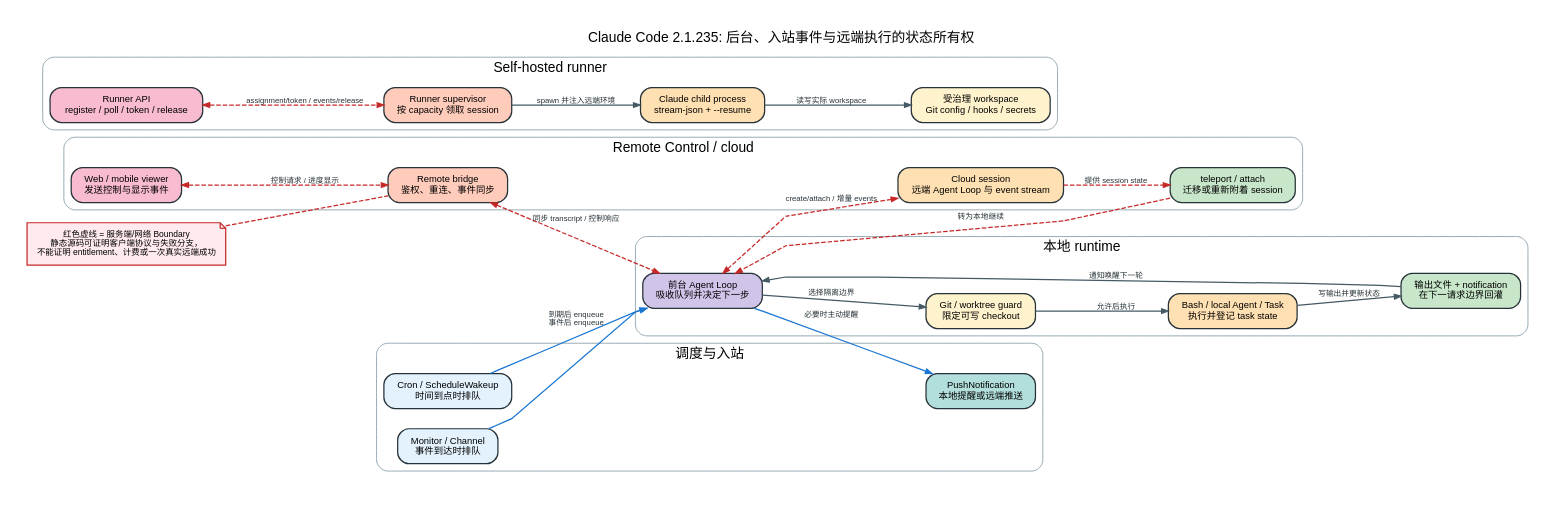
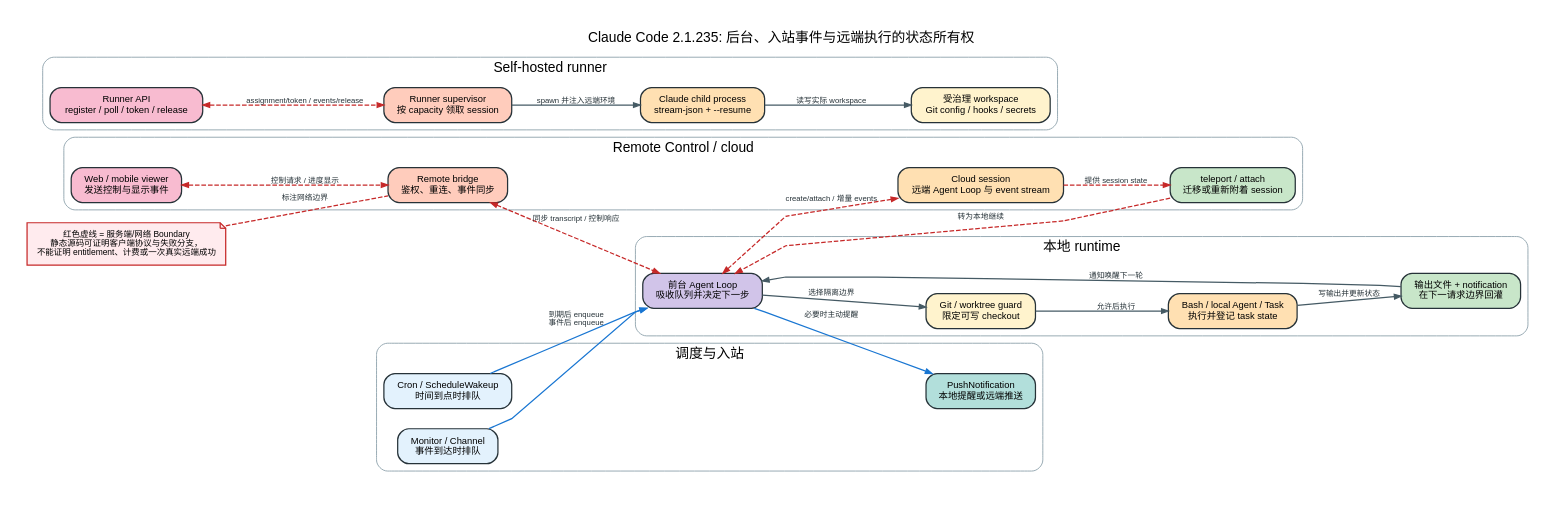
One commit to SwallOwDili/claudecodecli-sourcecode changed the diagram in analysis/visuals/cloud-background-channels.dot. Above: the diagram before and after it, drawn with Graphviz. The commit also changed 67 other files, not shown here.

```diff
--- a/analysis/visuals/cloud-background-channels.dot
+++ b/analysis/visuals/cloud-background-channels.dot
@@ -1,101 +1,101 @@
 digraph cloud_background_channels {
   graph [
     rankdir=LR,
     bgcolor="#ffffff",
     pad="0.30",
     nodesep="0.30",
     ranksep="0.62",
     splines=polyline,
     compound=true,
     newrank=true,
     fontname="Arial, PingFang SC, Microsoft YaHei",
     label="Claude Code 2.1.235: 后台、入站事件与远端执行的状态所有权",
     labelloc=t,
     fontsize=15
   ];
   node [
     shape=box,
     style="rounded,filled",
     color="#263238",
     penwidth=1.35,
     margin="0.16,0.11",
     fontname="Arial, PingFang SC, Microsoft YaHei",
     fontsize=10.2
   ];
   edge [
     color="#455a64",
     penwidth=1.35,
     arrowsize=0.72,
     fontname="Arial, PingFang SC, Microsoft YaHei",
     fontsize=8.4,
     fontcolor="#263238"
   ];
 
   subgraph cluster_local {
     label="本地 runtime";
     color="#90a4ae";
     style="rounded";
     local_turn [label="前台 Agent Loop\n吸收队列并决定下一步", fillcolor="#d1c4e9"];
     isolation [label="Git / worktree guard\n限定可写 checkout", fillcolor="#fff3cd"];
     local_task [label="Bash / local Agent / Task\n执行并登记 task state", fillcolor="#ffe0b2"];
     local_result [label="输出文件 + notification\n在下一请求边界回灌", fillcolor="#c8e6c9"];
   }
 
   subgraph cluster_inbound {
     label="调度与入站";
     color="#90a4ae";
     style="rounded";
     cron [label="Cron / ScheduleWakeup\n时间到点时排队", fillcolor="#e3f2fd"];
     monitor [label="Monitor / Channel\n事件到达时排队", fillcolor="#e3f2fd"];
     push [label="PushNotification\n本地提醒或远端推送", fillcolor="#b2dfdb"];
   }
 
   subgraph cluster_remote {
     label="Remote Control / cloud";
     color="#90a4ae";
     style="rounded";
     viewer [label="Web / mobile viewer\n发送控制与显示事件", fillcolor="#f8bbd0"];
     remote_bridge [label="Remote bridge\n鉴权、重连、事件同步", fillcolor="#ffccbc"];
     cloud_session [label="Cloud session\n远端 Agent Loop 与 event stream", fillcolor="#ffe0b2"];
     teleport [label="teleport / attach\n迁移或重新附着 session", fillcolor="#c8e6c9"];
   }
 
   subgraph cluster_runner {
     label="Self-hosted runner";
     color="#90a4ae";
     style="rounded";
     runner_api [label="Runner API\nregister / poll / token / release", fillcolor="#f8bbd0"];
     runner [label="Runner supervisor\n按 capacity 领取 session", fillcolor="#ffccbc"];
     child [label="Claude child process\nstream-json + --resume", fillcolor="#ffe0b2"];
     governed_repo [label="受治理 workspace\nGit config / hooks / secrets", fillcolor="#fff3cd"];
   }
 
   local_turn -> isolation [label="选择隔离边界"];
   isolation -> local_task [label="允许后执行"];
   local_task -> local_result [label="写输出并更新状态"];
   local_result -> local_turn [label="通知唤醒下一轮"];
 
   cron -> local_turn [label="到期后 enqueue", color="#1976d2"];
   monitor -> local_turn [label="事件后 enqueue", color="#1976d2"];
   local_turn -> push [label="必要时主动提醒", color="#1976d2"];
 
   viewer -> remote_bridge [label="控制请求 / 进度显示", dir=both, arrowtail=normal, style=dashed, color="#c62828"];
   remote_bridge -> local_turn [label="同步 transcript / 控制响应", dir=both, arrowtail=normal, style=dashed, color="#c62828"];
 
   local_turn -> cloud_session [label="create/attach / 增量 events", dir=both, arrowtail=normal, style=dashed, color="#c62828"];
   cloud_session -> teleport [label="提供 session state", style=dashed, color="#c62828"];
   teleport -> local_turn [label="转为本地继续", style=dashed, color="#c62828"];
 
   runner_api -> runner [label="assignment/token / events/release", dir=both, arrowtail=normal, style=dashed, color="#c62828"];
   runner -> child [label="spawn 并注入远端环境"];
   child -> governed_repo [label="读写实际 workspace"];
 
   boundary_note [
     shape=note,
     label="红色虚线 = 服务端/网络 Boundary\n静态源码可证明客户端协议与失败分支，\n不能证明 entitlement、计费或一次真实远端成功",
     fillcolor="#ffebee",
     color="#c62828",
     fontsize=9.2
   ];
-  boundary_note -> remote_bridge [style=dashed, arrowhead=none, color="#c62828"];
+  boundary_note -> remote_bridge [label="标注网络边界", style=dashed, arrowhead=none, color="#c62828"];
 }
```
